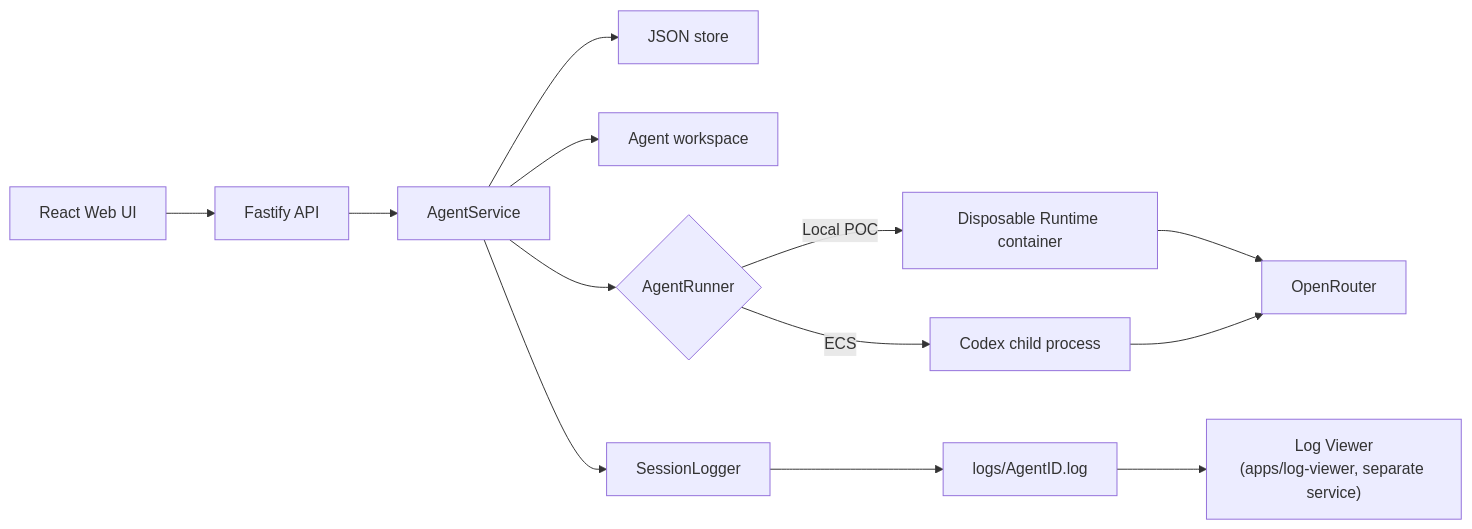
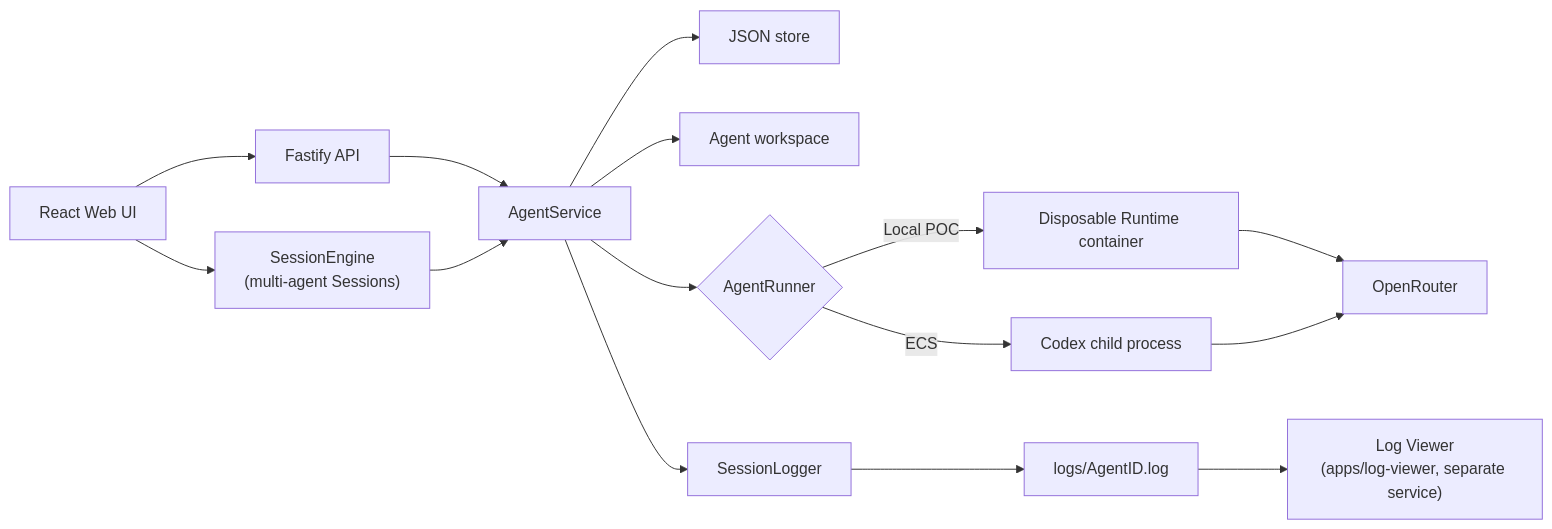
The diagram in docs/ARCHITECTURE.md (Git-Push-and-Prey/TikTok-TechJam-2026), drawn with Mermaid before and after one commit. The commit also changed other lines of this file and 17 other files, not shown here.

First line of the commit message:
Add multi-agent Sessions with a lightweight delegating orchestrator

````diff
--- a/docs/ARCHITECTURE.md
+++ b/docs/ARCHITECTURE.md
@@ -5,15 +5,17 @@
 ```mermaid
 flowchart LR
     UI["React Web UI"] --> API["Fastify API"]
     API --> Service["AgentService"]
     Service --> Store["JSON store"]
     Service --> Workspace["Agent workspace"]
     Service --> Runner{"AgentRunner"}
     Runner -->|Local POC| Container["Disposable Runtime container"]
     Runner -->|ECS| Process["Codex child process"]
     Container --> OpenRouter["OpenRouter"]
     Process --> OpenRouter
     Service --> SessionLogger["SessionLogger"]
     SessionLogger --> Logs["logs/AgentID.log"]
     Logs --> LogViewer["Log Viewer\n(apps/log-viewer, separate service)"]
+    SessionEngine["SessionEngine\n(multi-agent Sessions)"] --> Service
+    UI --> SessionEngine
 ```
````
